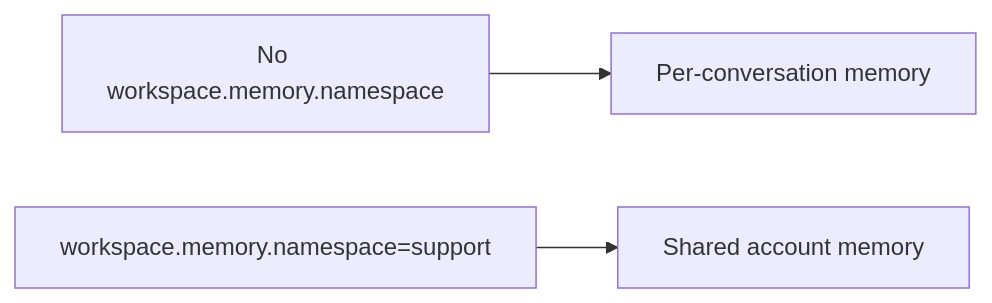
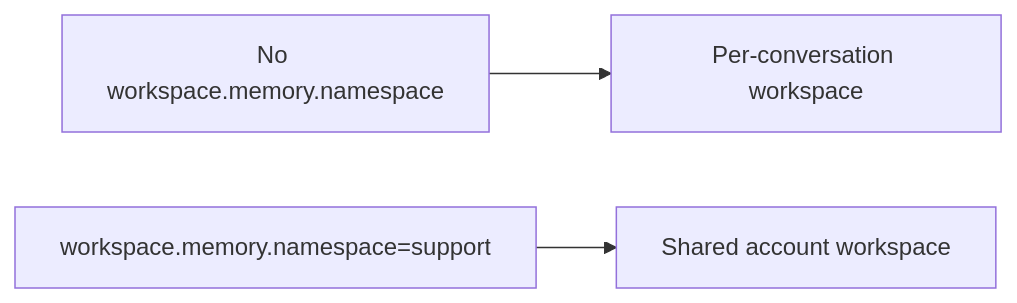
One commit to beeblastco/broods changed the tenth of 10 diagrams in docs/architecture.md. Above: the diagram before and after it, drawn with Mermaid. The commit also changed other lines of this file and 41 other files, not shown here.

````diff
--- a/docs/architecture.md
+++ b/docs/architecture.md
@@ -263,5 +263,5 @@
 ```mermaid
 flowchart LR
-  Conversation["No workspace.memory.namespace"] --> PerConversation["Per-conversation memory"]
-  Namespace["workspace.memory.namespace=support"] --> Shared["Shared account memory"]
+  Conversation["No workspace.memory.namespace"] --> PerConversation["Per-conversation workspace"]
+  Namespace["workspace.memory.namespace=support"] --> Shared["Shared account workspace"]
 ```
````
